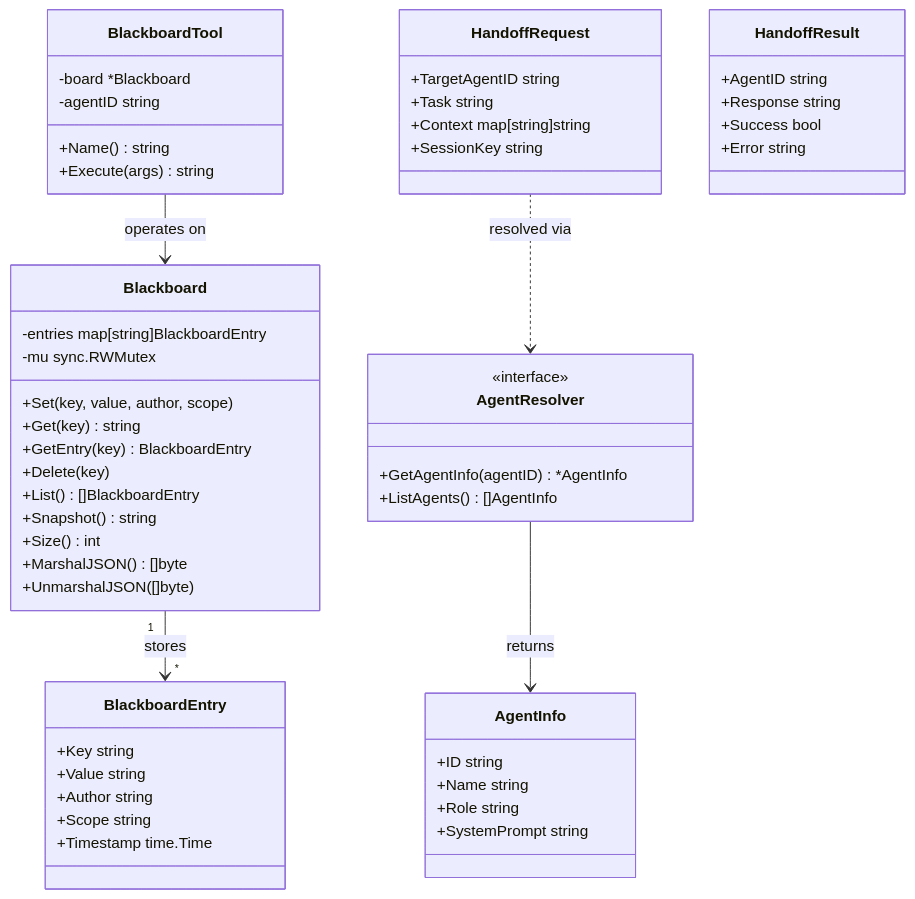
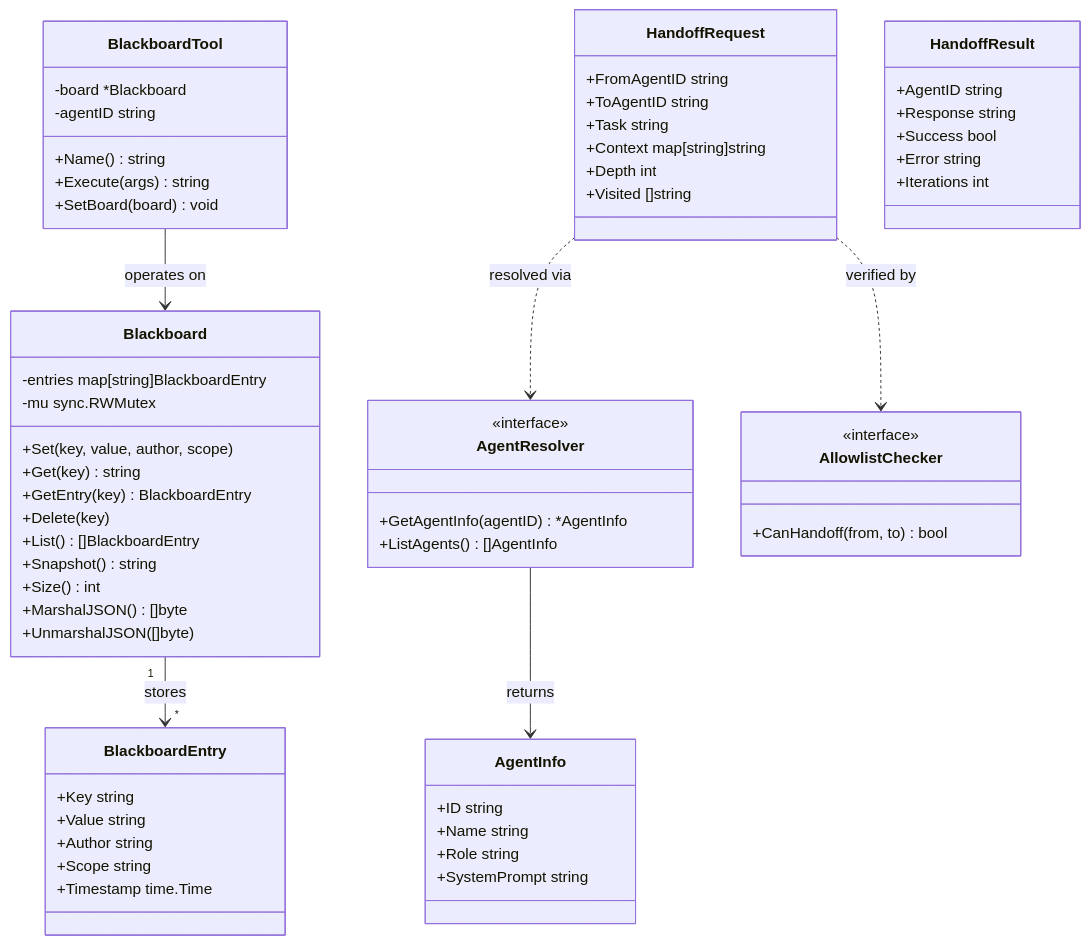
One commit to sipeed/picoclaw changed the fifth of 9 diagrams in docs/architecture/c3-component-multi-agent.md. Above: the diagram before and after it, drawn with Mermaid. The commit also changed other lines of this file and 4 other files, not shown here.

First line of the commit message:
docs: add PRP and update architecture with hardening roadmap

````diff
--- a/docs/architecture/c3-component-multi-agent.md
+++ b/docs/architecture/c3-component-multi-agent.md
@@ -67,63 +146,73 @@
 ```mermaid
 classDiagram
     class Blackboard {
         -entries map[string]BlackboardEntry
         -mu sync.RWMutex
         +Set(key, value, author, scope)
         +Get(key) string
         +GetEntry(key) BlackboardEntry
         +Delete(key)
         +List() []BlackboardEntry
         +Snapshot() string
         +Size() int
         +MarshalJSON() []byte
         +UnmarshalJSON([]byte)
     }
 
     class BlackboardEntry {
         +Key string
         +Value string
         +Author string
         +Scope string
         +Timestamp time.Time
     }
 
     class BlackboardTool {
         -board *Blackboard
         -agentID string
         +Name() string
         +Execute(args) string
+        +SetBoard(board) void
     }
 
     class HandoffRequest {
-        +TargetAgentID string
+        +FromAgentID string
+        +ToAgentID string
         +Task string
         +Context map[string]string
-        +SessionKey string
+        +Depth int
+        +Visited []string
     }
 
     class HandoffResult {
         +AgentID string
         +Response string
         +Success bool
         +Error string
+        +Iterations int
     }
 
     class AgentResolver {
         <<interface>>
         +GetAgentInfo(agentID) *AgentInfo
         +ListAgents() []AgentInfo
+    }
+
+    class AllowlistChecker {
+        <<interface>>
+        +CanHandoff(from, to) bool
     }
 
     class AgentInfo {
         +ID string
         +Name string
         +Role string
         +SystemPrompt string
     }
 
     Blackboard "1" --> "*" BlackboardEntry : stores
     BlackboardTool --> Blackboard : operates on
     HandoffRequest ..> AgentResolver : resolved via
+    HandoffRequest ..> AllowlistChecker : verified by
     AgentResolver --> AgentInfo : returns
 ```
````
